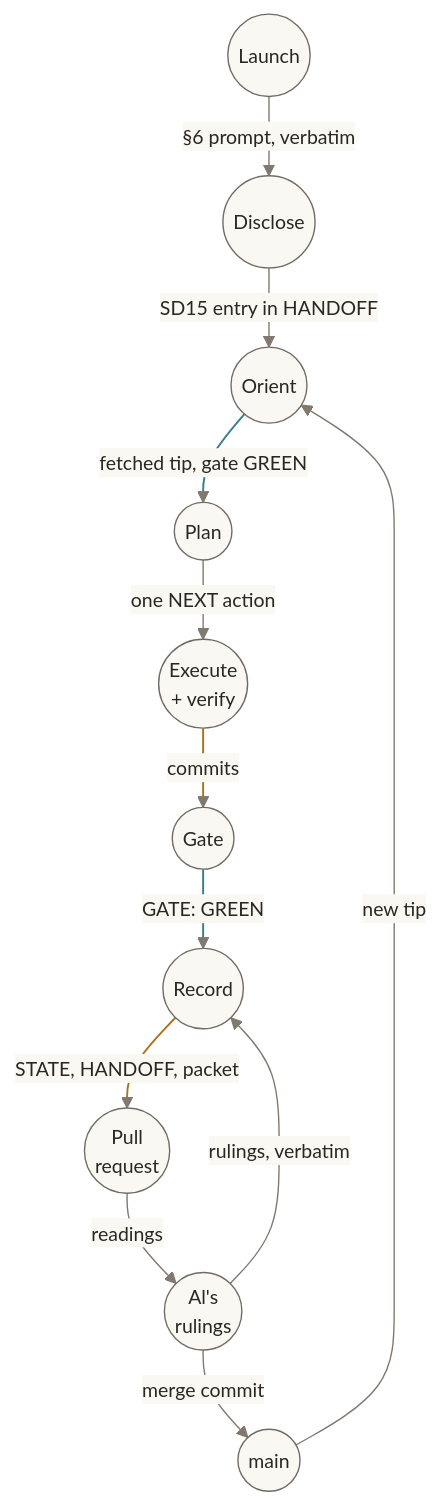
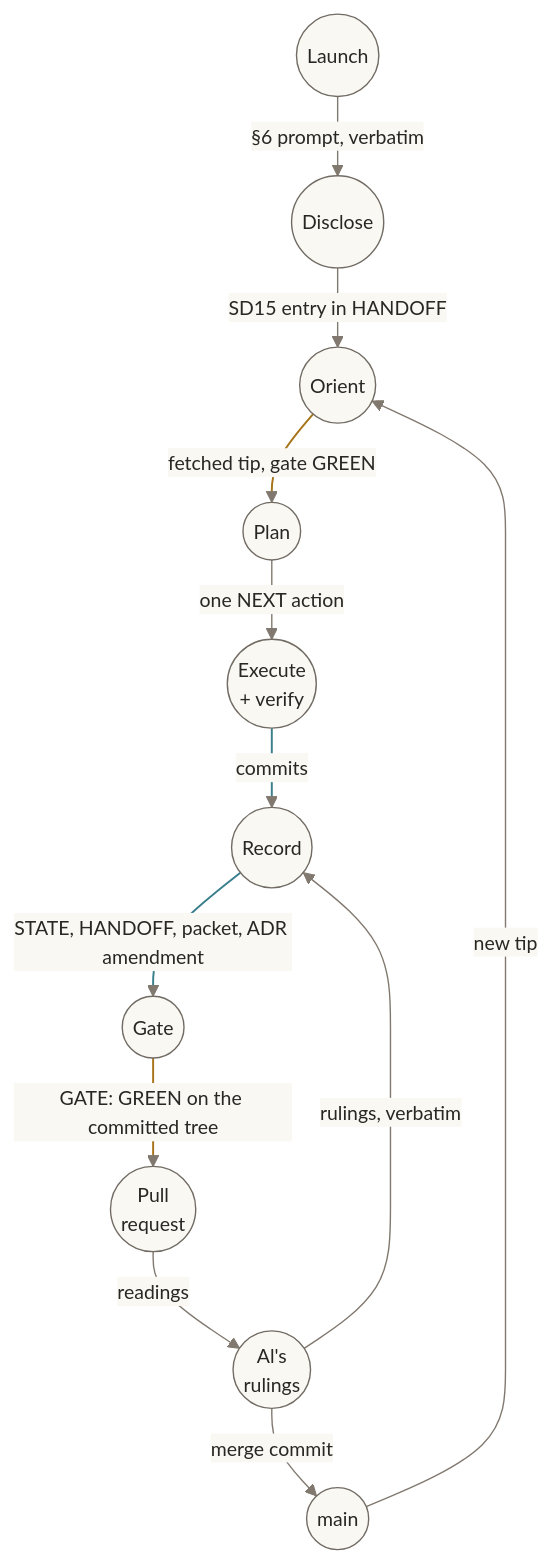
One commit to Quigles1337/Syndeom changed the fifth of 5 diagrams in README.md. Above: the diagram before and after it, drawn with Mermaid. The commit also changed other lines of this file, not shown here.

First line of the commit message:
[S2][INFRA] README: gate after record in the governance loop; teal for artifacts, ochre for truth

````diff
--- a/README.md
+++ b/README.md
@@ -258,20 +258,20 @@
 ```mermaid
 %%{init: {"theme":"base","themeVariables":{"fontFamily":"Georgia, serif","fontSize":"14px","primaryColor":"#faf8f3","primaryTextColor":"#292723","primaryBorderColor":"#716b63","lineColor":"#81796f","edgeLabelBackground":"#faf8f3"},"flowchart":{"curve":"basis","nodeSpacing":36,"rankSpacing":36,"htmlLabels":true}}}%%
 flowchart TB
     accTitle: The governance loop of one session
-    accDescr: A session is launched with the constitution's resume prompt and discloses its memory first. It orients from the fetched default branch and runs the gate, plans one action, executes and verifies it, gates the committed tree, and records the result in STATE, HANDOFF and an evidence packet. A pull request carries numbered readings to the engineer of record, whose rulings are recorded verbatim on the same branch. The engineer of record merges with a merge commit, and the next session orients from the new tip.
+    accDescr: A session is launched with the constitution's resume prompt and discloses its memory first. It orients from the fetched default branch and runs the gate, plans one action, and executes and verifies it. It commits the work and records the result in STATE, HANDOFF, an evidence packet and any ADR amendment; the gate must then pass on that committed tree before a pull request carries numbered readings to the engineer of record. The rulings are recorded verbatim on the same branch, and that record is gated again before each push. The engineer of record merges with a merge commit, and the next session orients from the new tip.
     L(("Launch")) -->|"§6 prompt, verbatim"| D(("Disclose"))
     D -->|"SD15 entry in HANDOFF"| O(("Orient"))
     O -->|"fetched tip, gate GREEN"| P(("Plan"))
     P -->|"one NEXT action"| E(("Execute<br/>+ verify"))
-    E -->|"commits"| G(("Gate"))
-    G -->|"GATE: GREEN"| R(("Record"))
-    R -->|"STATE, HANDOFF, packet"| PR(("Pull<br/>request"))
+    E -->|"commits"| R(("Record"))
+    R -->|"STATE, HANDOFF, packet, ADR amendment"| G(("Gate"))
+    G -->|"GATE: GREEN on the committed tree"| PR(("Pull<br/>request"))
     PR -->|"readings"| A(("Al's<br/>rulings"))
     A -->|"rulings, verbatim"| R
     A -->|"merge commit"| M(("main"))
     M -->|"new tip"| O
     linkStyle default stroke:#81796f,stroke-width:1px;
-    linkStyle 4,6 stroke:#a8741a,stroke-width:1.4px;
-    linkStyle 2,5 stroke:#3a7f8c,stroke-width:1.4px;
+    linkStyle 4,5 stroke:#3a7f8c,stroke-width:1.4px;
+    linkStyle 2,6 stroke:#a8741a,stroke-width:1.4px;
 ```
````
